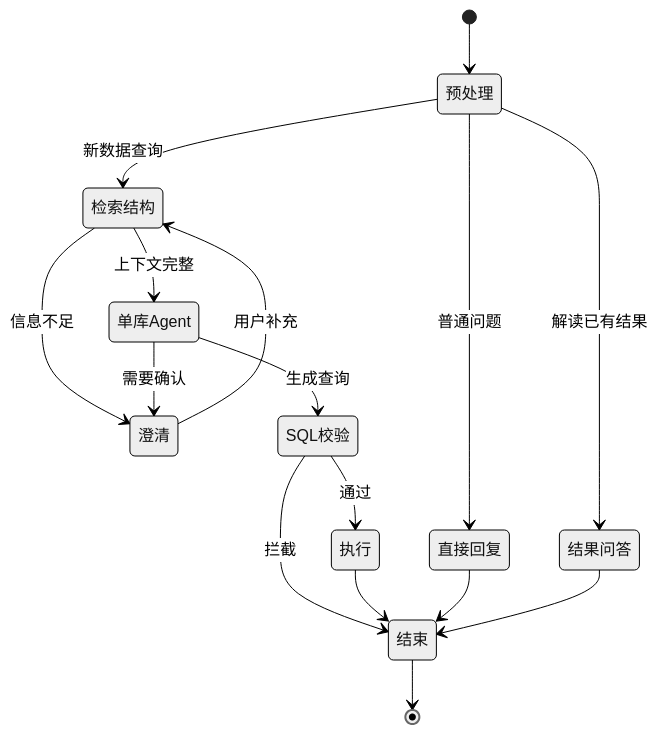
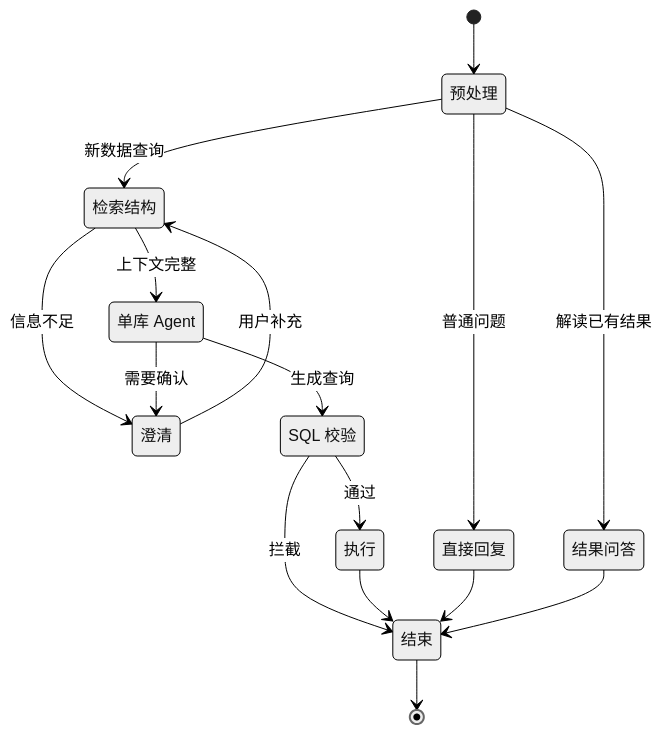
The second of 2 diagrams in README.md (sheily899/querypilot-data-agent), drawn with Mermaid (neutral theme) before and after one commit.

Commit message:
docs: fix Mermaid state diagram rendering in README.md

````diff
--- a/README.md
+++ b/README.md
@@ -47,18 +47,28 @@
 ```mermaid
 stateDiagram-v2
-  [*] --> 预处理
-  预处理 --> 直接回复: 普通问题
-  预处理 --> 结果问答: 解读已有结果
-  预处理 --> 检索结构: 新数据查询
-  检索结构 --> 澄清: 信息不足
-  澄清 --> 检索结构: 用户补充
-  检索结构 --> 单库Agent: 上下文完整
-  单库Agent --> 澄清: 需要确认
-  单库Agent --> SQL校验: 生成查询
-  SQL校验 --> 执行: 通过
-  SQL校验 --> 结束: 拦截
-  执行 --> 结束
-  直接回复 --> 结束
-  结果问答 --> 结束
-  结束 --> [*]
+  state "预处理" as preprocess
+  state "直接回复" as direct_reply
+  state "结果问答" as result_qa
+  state "检索结构" as retrieve_schema
+  state "澄清" as clarify
+  state "单库 Agent" as single_db_agent
+  state "SQL 校验" as validate_sql
+  state "执行" as execute
+  state "结束" as finish
+
+  [*] --> preprocess
+  preprocess --> direct_reply: 普通问题
+  preprocess --> result_qa: 解读已有结果
+  preprocess --> retrieve_schema: 新数据查询
+  retrieve_schema --> clarify: 信息不足
+  clarify --> retrieve_schema: 用户补充
+  retrieve_schema --> single_db_agent: 上下文完整
+  single_db_agent --> clarify: 需要确认
+  single_db_agent --> validate_sql: 生成查询
+  validate_sql --> execute: 通过
+  validate_sql --> finish: 拦截
+  execute --> finish
+  direct_reply --> finish
+  result_qa --> finish
+  finish --> [*]
 ```
````
